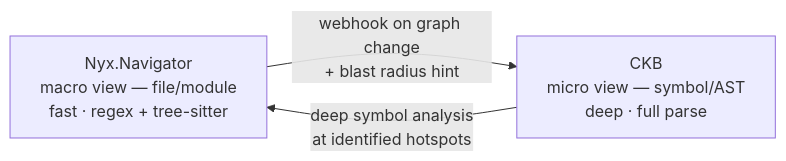
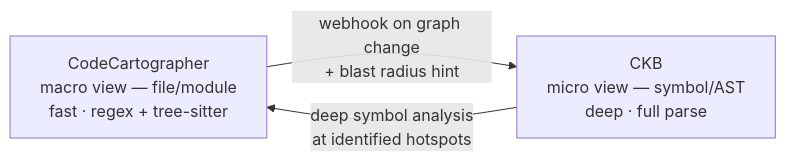
Before and after one commit to SimplyLiz/CodeCartographer: the seventh of 7 diagrams in README.md, drawn with Mermaid. The commit also changed other lines of this file and 84 other files, not shown here.

First line of the commit message:
refactor: rename product nyx-navigator/Cartographer → CodeCartographer

````diff
--- a/README.md
+++ b/README.md
@@ -428,8 +428,8 @@
 ```mermaid
 graph LR
-    Nyx.Navigator["Nyx.Navigator\nmacro view — file/module\nfast · regex + tree-sitter"]
+    CodeCartographer["CodeCartographer\nmacro view — file/module\nfast · regex + tree-sitter"]
     CKB["CKB\nmicro view — symbol/AST\ndeep · full parse"]
 
-    Nyx.Navigator -->|"webhook on graph change\n+ blast radius hint"| CKB
-    CKB -->|"deep symbol analysis\nat identified hotspots"| Nyx.Navigator
+    CodeCartographer -->|"webhook on graph change\n+ blast radius hint"| CKB
+    CKB -->|"deep symbol analysis\nat identified hotspots"| CodeCartographer
 ```
````
